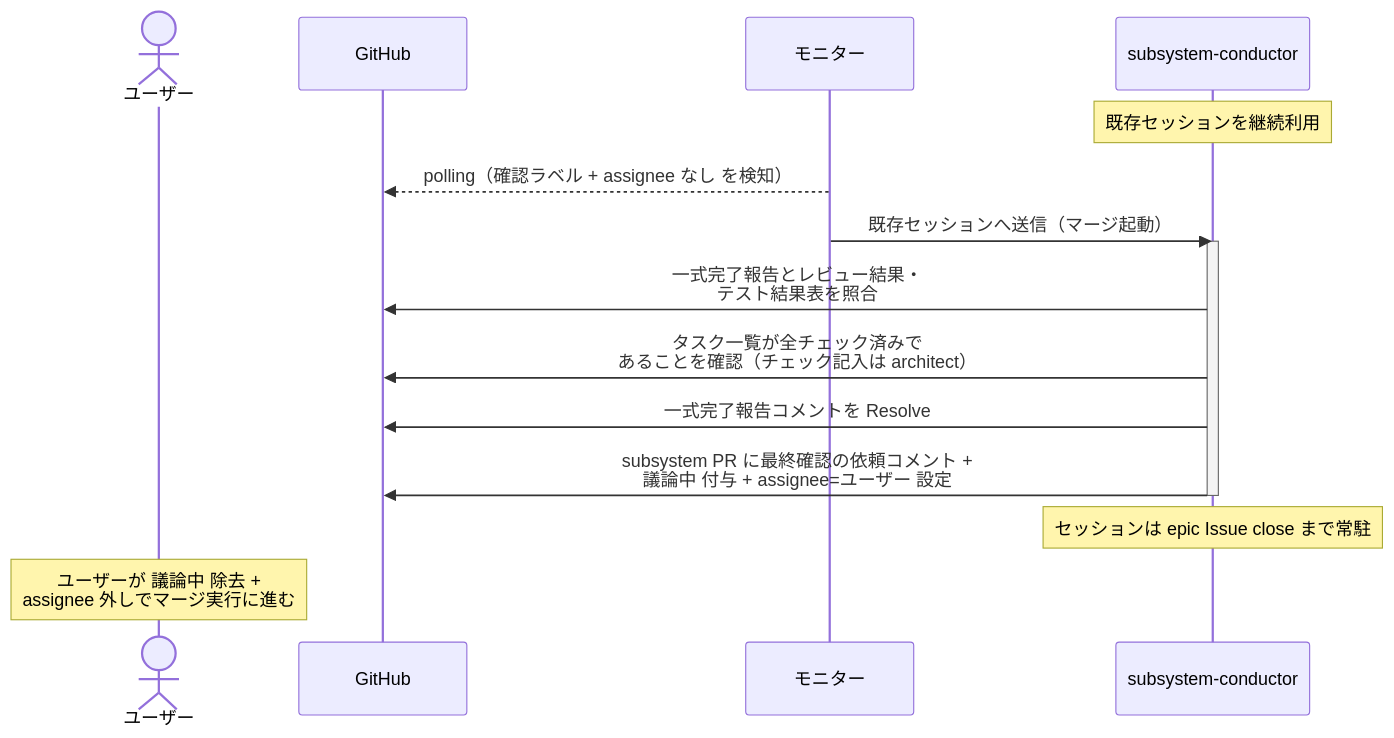
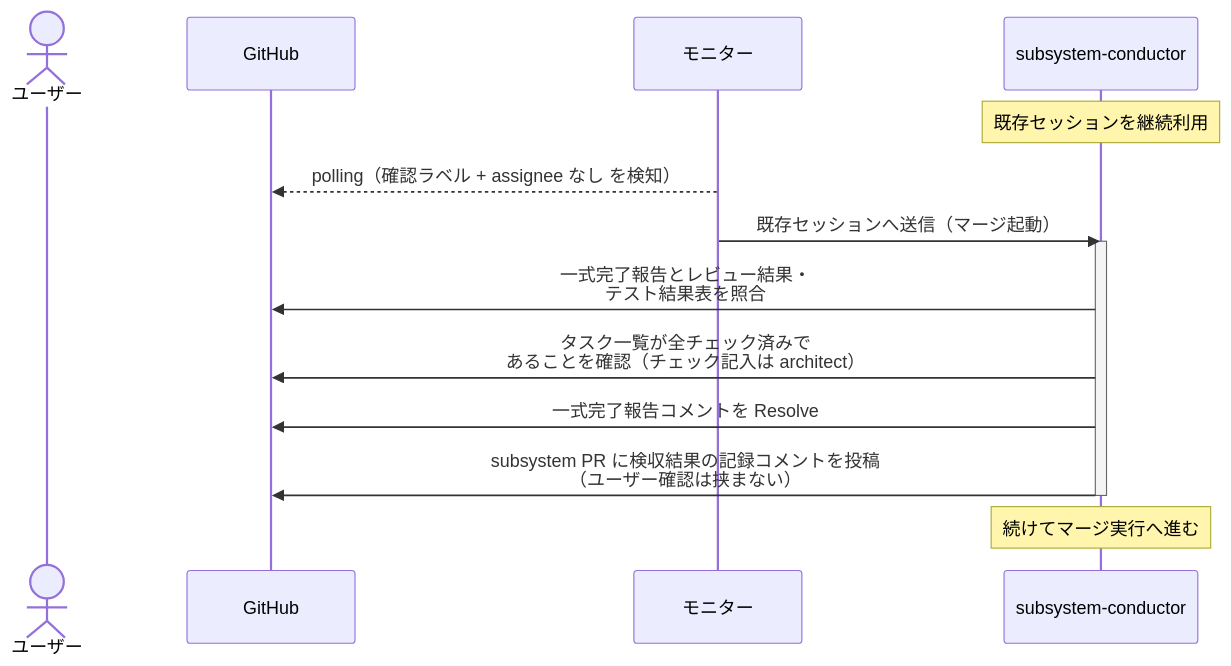
The diagram in docs/wiki/設計図/シナリオ/単一ユースケース/マージ起動.md (shuhei1101/ai-monitor), drawn with Mermaid before and after one commit. The commit also changed other lines of this file and 22 other files, not shown here.

````diff
--- a/docs/wiki/設計図/シナリオ/単一ユースケース/マージ起動.md
+++ b/docs/wiki/設計図/シナリオ/単一ユースケース/マージ起動.md
@@ -27,19 +27,18 @@
 ```mermaid
 sequenceDiagram
   actor U as ユーザー
   participant GH as GitHub
   participant ORC as モニター
   participant MON as subsystem-conductor
 
   Note over MON: 既存セッションを継続利用
   ORC-->>GH: polling（確認ラベル + assignee なし を検知）
   ORC->>MON: 既存セッションへ送信（マージ起動）
   activate MON
   MON->>GH: 一式完了報告とレビュー結果・<br>テスト結果表を照合
   MON->>GH: タスク一覧が全チェック済みで<br>あることを確認（チェック記入は architect）
   MON->>GH: 一式完了報告コメントを Resolve
-  MON->>GH: subsystem PR に最終確認の依頼コメント +<br>議論中 付与 + assignee=ユーザー 設定
+  MON->>GH: subsystem PR に検収結果の記録コメントを投稿<br>（ユーザー確認は挟まない）
   deactivate MON
-  Note over MON: セッションは epic Issue close まで常駐
-  Note over U: ユーザーが 議論中 除去 +<br>assignee 外しでマージ実行に進む
+  Note over MON: 続けてマージ実行へ進む
 ```
````
